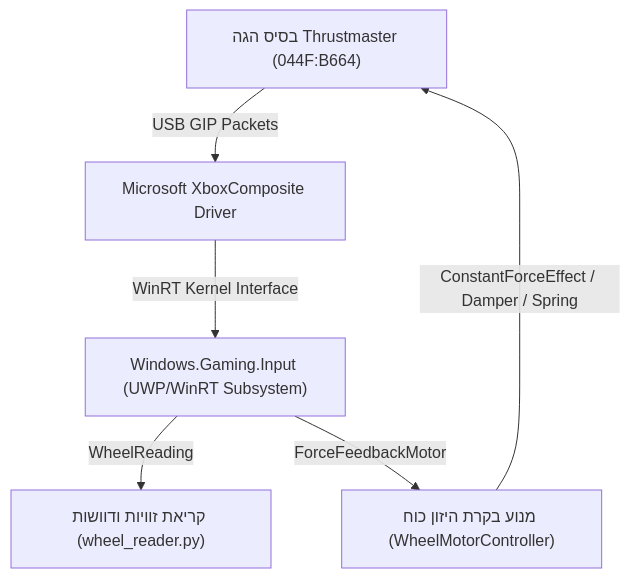
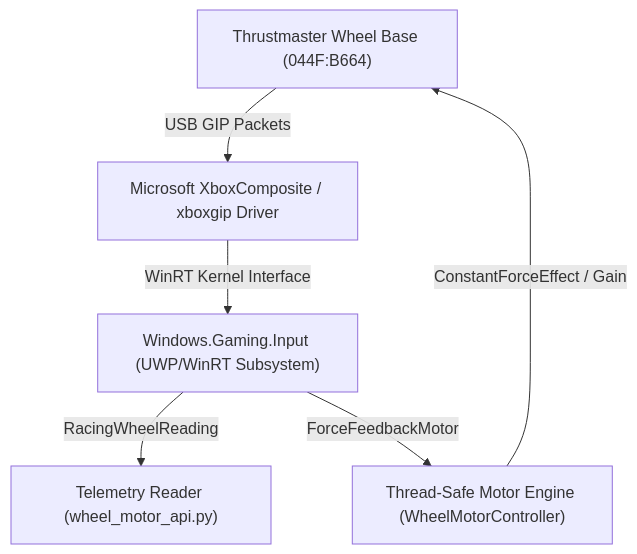
The diagram in WHEEL_MOTOR_PROTOCOL.md (israelxss/thrustmaster-458-spider-servo), drawn with Mermaid before and after one commit. The commit also changed other lines of this file and 4 other files, not shown here.

````diff
--- a/WHEEL_MOTOR_PROTOCOL.md
+++ b/WHEEL_MOTOR_PROTOCOL.md
@@ -39,8 +40,8 @@
 ```mermaid
 flowchart TD
-    Hardware["בסיס הגה Thrustmaster (044F:B664)"] -->|USB GIP Packets| Driver["Microsoft XboxComposite Driver"]
+    Hardware["Thrustmaster Wheel Base (044F:B664)"] -->|USB GIP Packets| Driver["Microsoft XboxComposite / xboxgip Driver"]
     Driver -->|WinRT Kernel Interface| WGI["Windows.Gaming.Input (UWP/WinRT Subsystem)"]
-    WGI -->|WheelReading| Reader["קריאת זוויות ודוושות (wheel_reader.py)"]
-    WGI -->|ForceFeedbackMotor| MotorCtrl["מנוע בקרת היזון כוח (WheelMotorController)"]
-    MotorCtrl -->|ConstantForceEffect / Damper / Spring| Hardware
+    WGI -->|RacingWheelReading| Reader["Telemetry Reader (wheel_motor_api.py)"]
+    WGI -->|ForceFeedbackMotor| MotorCtrl["Thread-Safe Motor Engine (WheelMotorController)"]
+    MotorCtrl -->|ConstantForceEffect / Gain| Hardware
 ```
````
